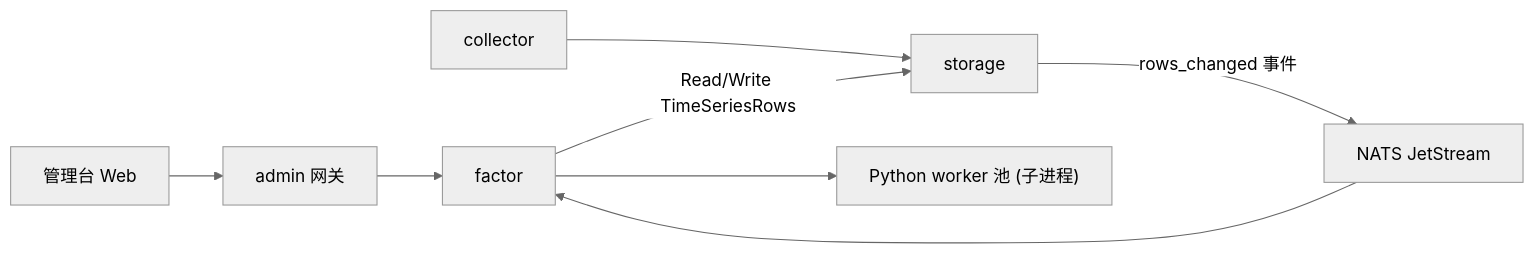
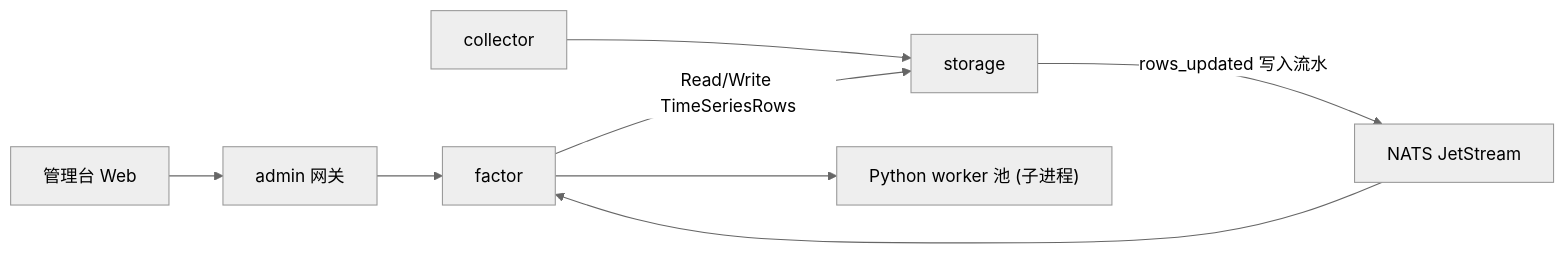
One commit to mooyang-code/moox changed the first of 3 diagrams in docs/因子计算模块设计.md. Above: the diagram before and after it, drawn with Mermaid (neutral theme). The commit also changed other lines of this file and 31 other files, not shown here.

````diff
--- a/docs/因子计算模块设计.md
+++ b/docs/因子计算模块设计.md
@@ -46,10 +46,10 @@
 ```mermaid
 flowchart LR
   Web["管理台 Web"] --> Admin["admin 网关"]
   Admin --> Factor["factor"]
   Collector["collector"] --> Storage["storage"]
-  Storage -- "rows_changed 事件" --> NATS["NATS JetStream"]
+  Storage -- "rows_updated 写入流水" --> NATS["NATS JetStream"]
   NATS --> Factor
   Factor -- "Read/Write TimeSeriesRows" --> Storage
   Factor --> PyWorker["Python worker 池 (子进程)"]
 ```
````
